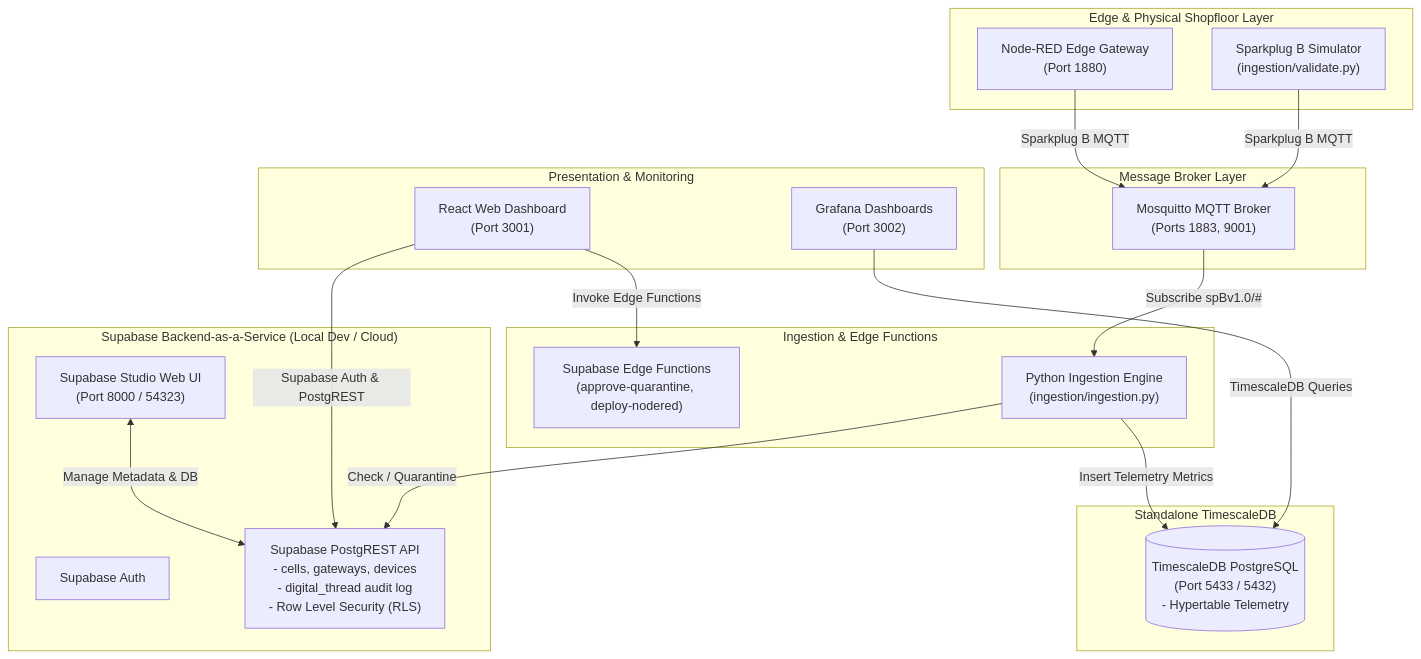
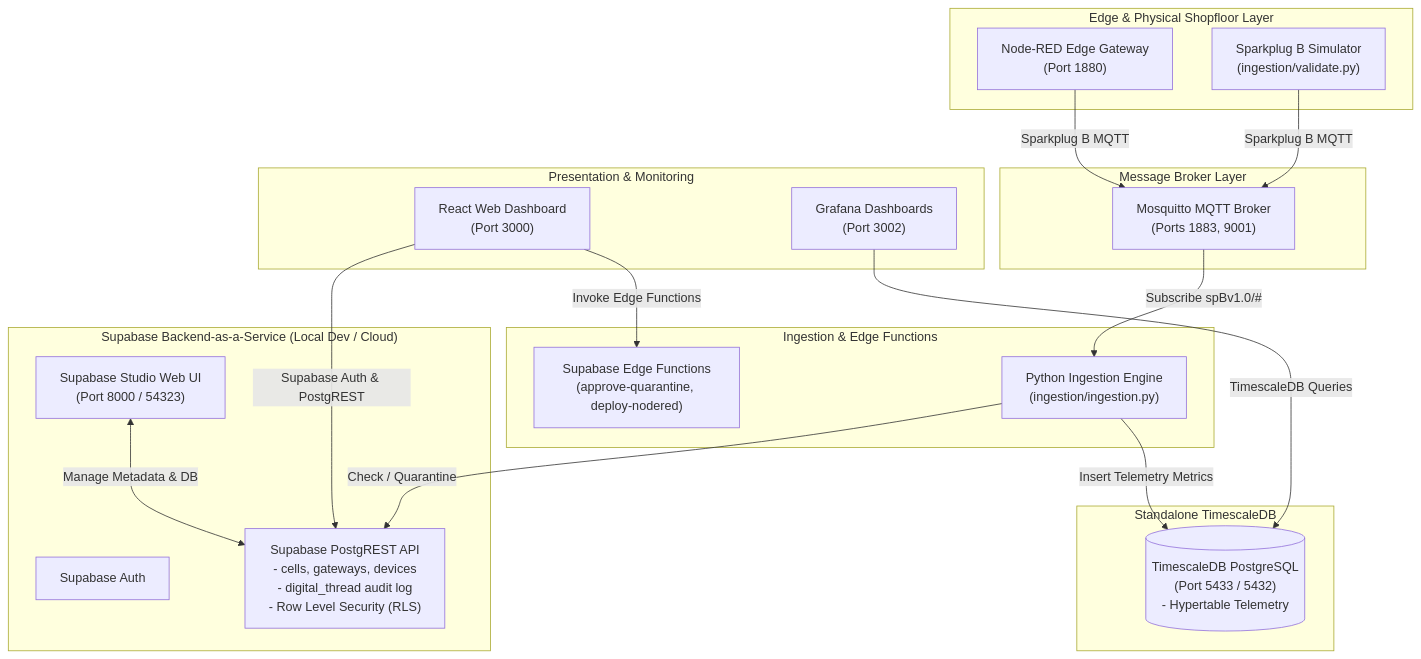
One commit to Harri-Llewelyn/Aber changed the diagram in README.md. Above: the diagram before and after it, drawn with Mermaid. The commit also changed other lines of this file and 23 other files, not shown here.

````diff
--- a/README.md
+++ b/README.md
@@ -22,41 +22,41 @@
 ```mermaid
 flowchart TB
     subgraph Edge Layer ["Edge & Physical Shopfloor Layer"]
         NR["Node-RED Edge Gateway<br/>(Port 1880)"]
         SIM["Sparkplug B Simulator<br/>(ingestion/validate.py)"]
     end
 
     subgraph Messaging ["Message Broker Layer"]
         MQTT["Mosquitto MQTT Broker<br/>(Ports 1883, 9001)"]
     end
 
     subgraph Processing ["Ingestion & Edge Functions"]
         ING["Python Ingestion Engine<br/>(ingestion/ingestion.py)"]
         EF["Supabase Edge Functions<br/>(approve-quarantine, deploy-nodered)"]
     end
 
     subgraph Supabase ["Supabase Backend-as-a-Service (Local Dev / Cloud)"]
         AUTH["Supabase Auth"]
         POSTGREST["Supabase PostgREST API<br/>- cells, gateways, devices<br/>- digital_thread audit log<br/>- Row Level Security (RLS)"]
         STUDIO["Supabase Studio Web UI<br/>(Port 8000 / 54323)"]
     end
 
     subgraph TelemetryDB ["Standalone TimescaleDB"]
         TSDB[("TimescaleDB PostgreSQL<br/>(Port 5433 / 5432)<br/>- Hypertable Telemetry")]
     end
 
     subgraph User Experience ["Presentation & Monitoring"]
-        UI["React Web Dashboard<br/>(Port 3001)"]
+        UI["React Web Dashboard<br/>(Port 3000)"]
         GRAF["Grafana Dashboards<br/>(Port 3002)"]
     end
 
     NR -->|Sparkplug B MQTT| MQTT
     SIM -->|Sparkplug B MQTT| MQTT
     MQTT -->|Subscribe spBv1.0/#| ING
     ING -->|Check / Quarantine| POSTGREST
     ING -->|Insert Telemetry Metrics| TSDB
     UI -->|Supabase Auth & PostgREST| POSTGREST
     UI -->|Invoke Edge Functions| EF
     STUDIO <-->|Manage Metadata & DB| POSTGREST
     GRAF -->|TimescaleDB Queries| TSDB
 ```
````
